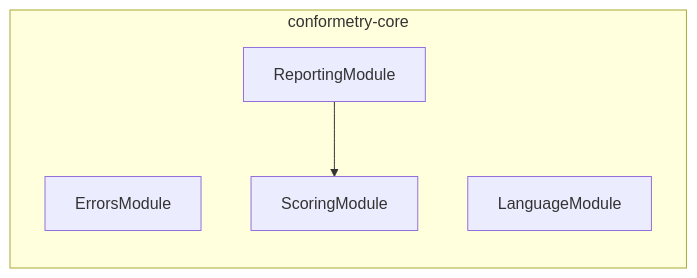
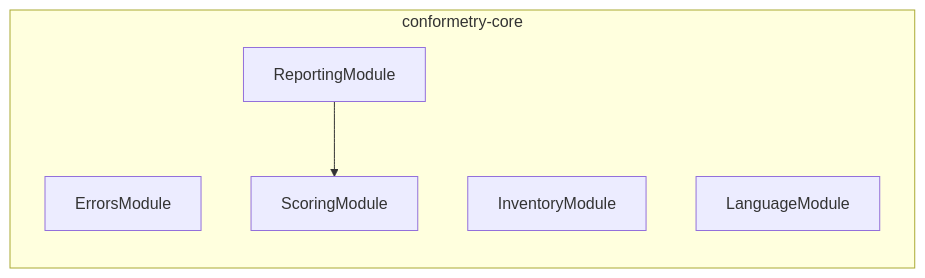
Before and after one commit to JimmyPaolini/codebase: the diagram in packages/conformetry-core/AGENTS.md, drawn with Mermaid. The commit also changed 64 other files, not shown here.

````diff
--- a/packages/conformetry-core/AGENTS.md
+++ b/packages/conformetry-core/AGENTS.md
@@ -62,10 +62,11 @@
 ```mermaid
 flowchart LR
   subgraph group0["conformetry-core"]
     ErrorsModule
+    InventoryModule
     LanguageModule
     ReportingModule
     ScoringModule
   end
   ReportingModule --> ScoringModule
 ```
````
